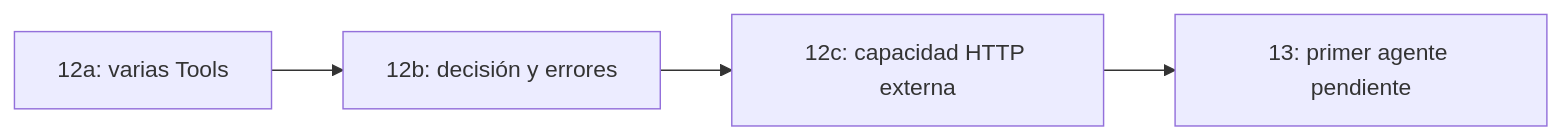
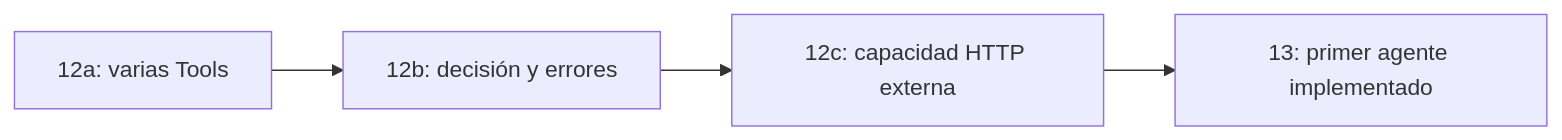
One commit to danielcalvindeveloper/dac-learning-ai-dotnet changed the fifth of 8 diagrams in ROADMAP.md. Above: the diagram before and after it, drawn with Mermaid. The commit also changed other lines of this file and 18 other files, not shown here.

````diff
--- a/ROADMAP.md
+++ b/ROADMAP.md
@@ -513,6 +513,6 @@
 ```mermaid
 flowchart LR
     A[12a: varias Tools] --> B[12b: decisión y errores]
     B --> C[12c: capacidad HTTP externa]
-    C --> D[13: primer agente pendiente]
+    C --> D[13: primer agente implementado]
 ```
````
